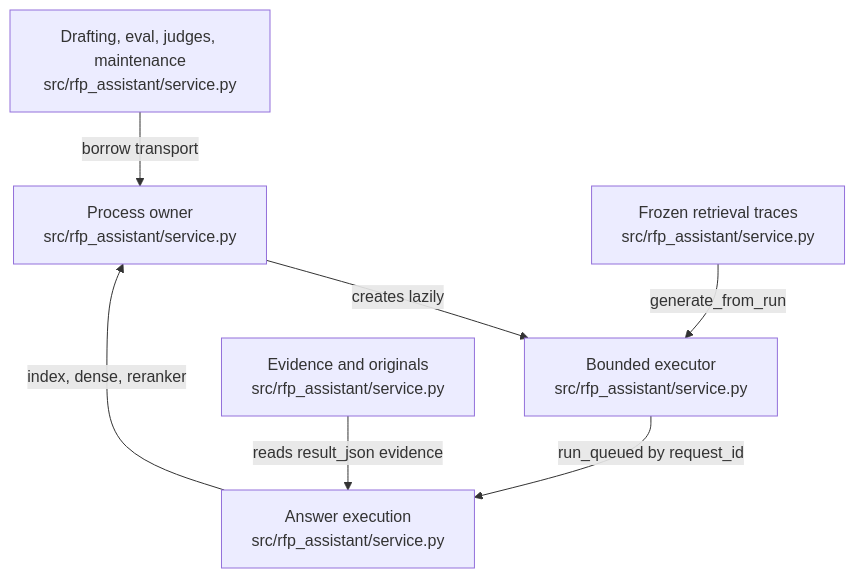
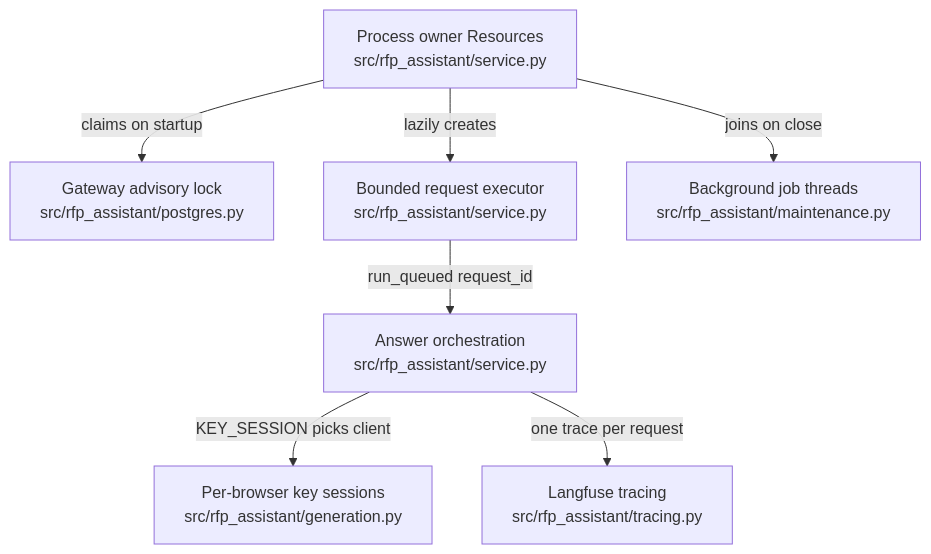
Before and after one commit to littleeeeebit/project-codeit-mid: the diagram in .omm/overall-architecture/service-layer/diagram.mmd, drawn with Mermaid. The commit also changed 318 other files, not shown here.

Commit message:
Refresh wiki and architecture before merge

```diff
--- a/.omm/overall-architecture/service-layer/diagram.mmd
+++ b/.omm/overall-architecture/service-layer/diagram.mmd
@@ -1,7 +1,14 @@
 graph TD
-  resources["Process owner\nsrc/rfp_assistant/service.py"] -->|creates lazily| request-runner["Bounded executor\nsrc/rfp_assistant/service.py"]
-  request-runner -->|run_queued by request_id| answer-pipeline["Answer execution\nsrc/rfp_assistant/service.py"]
-  answer-pipeline -->|index, dense, reranker| resources
-  background-jobs["Drafting, eval, judges, maintenance\nsrc/rfp_assistant/service.py"] -->|borrow transport| resources
-  verifier-runs["Frozen retrieval traces\nsrc/rfp_assistant/service.py"] -->|generate_from_run| request-runner
-  evidence-access["Evidence and originals\nsrc/rfp_assistant/service.py"] -->|reads result_json evidence| answer-pipeline
+  resources["Process owner Resources\nsrc/rfp_assistant/service.py"]
+  gatewayOwner["Gateway advisory lock\nsrc/rfp_assistant/postgres.py"]
+  requestRunner["Bounded request executor\nsrc/rfp_assistant/service.py"]
+  answerFlow["Answer orchestration\nsrc/rfp_assistant/service.py"]
+  keySessions["Per-browser key sessions\nsrc/rfp_assistant/generation.py"]
+  backgroundJobs["Background job threads\nsrc/rfp_assistant/maintenance.py"]
+  tracingClient["Langfuse tracing\nsrc/rfp_assistant/tracing.py"]
+  resources -->|claims on startup| gatewayOwner
+  resources -->|lazily creates| requestRunner
+  requestRunner -->|run_queued request_id| answerFlow
+  answerFlow -->|KEY_SESSION picks client| keySessions
+  resources -->|joins on close| backgroundJobs
+  answerFlow -->|one trace per request| tracingClient
```
